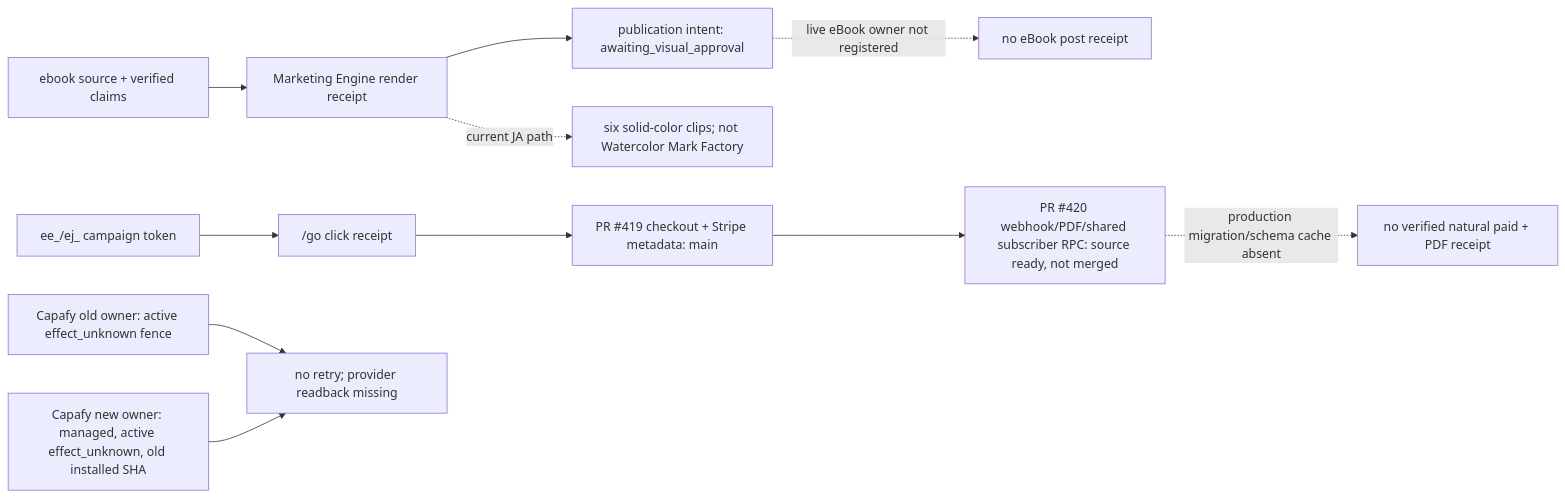
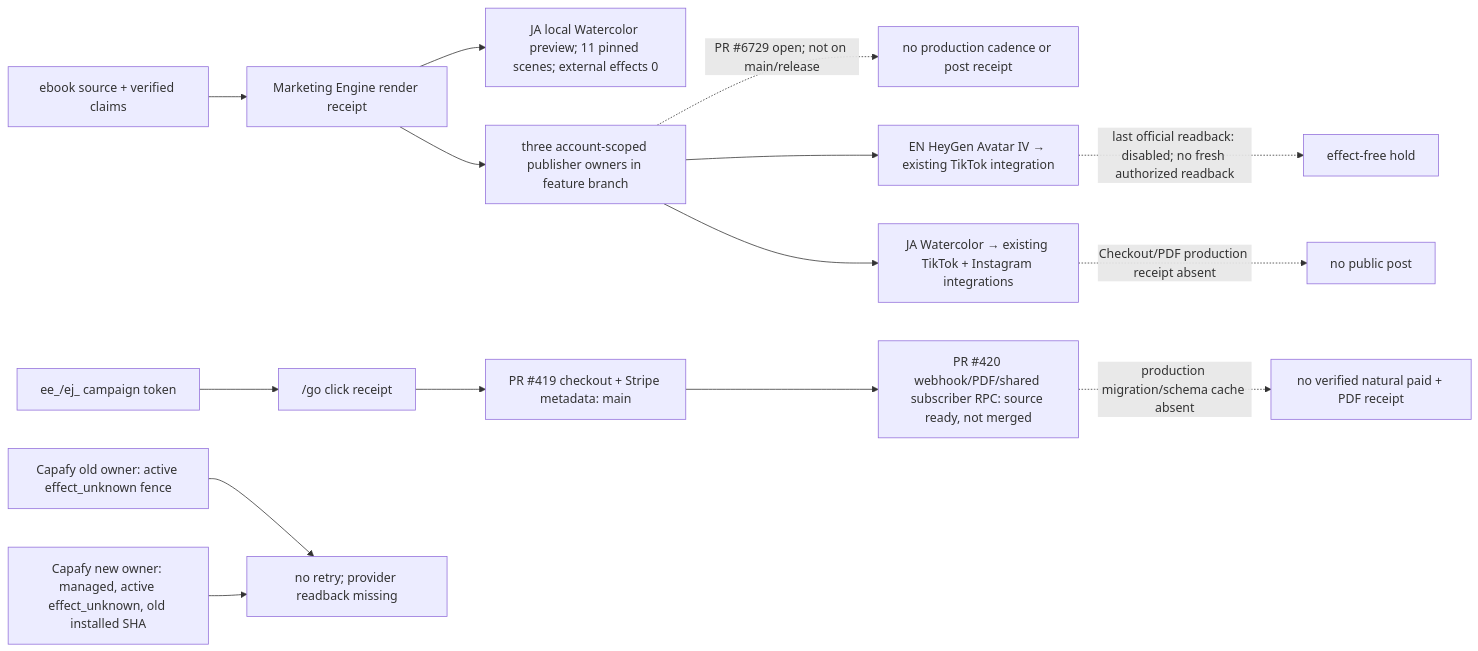
The first of 3 diagrams in docs/superpowers/specs/2026-10-05-ebook-revenue-loop-design.md (Daisuke134/life-manager), drawn with Mermaid before and after one commit. The commit also changed other lines of this file and 12 other files, not shown here.

```diff
--- a/docs/superpowers/specs/2026-10-05-ebook-revenue-loop-design.md
+++ b/docs/superpowers/specs/2026-10-05-ebook-revenue-loop-design.md
@@ -73,13 +73,17 @@
 ~~~mermaid
 flowchart LR
   CONTENT["ebook source + verified claims"] --> ENGINE["Marketing Engine render receipt"]
-  ENGINE --> INTENT["publication intent: awaiting_visual_approval"]
-  INTENT -. "live eBook owner not registered" .-> STOP["no eBook post receipt"]
-  ENGINE -. "current JA path" .-> PLACEHOLDER["six solid-color clips; not Watercolor Mark Factory"]
+  ENGINE --> PREVIEW["JA local Watercolor preview; 11 pinned scenes; external effects 0"]
+  ENGINE --> SOURCE["three account-scoped publisher owners in feature branch"]
+  SOURCE -. "PR #6729 open; not on main/release" .-> NORUNTIME["no production cadence or post receipt"]
+  SOURCE --> EN["EN HeyGen Avatar IV → existing TikTok integration"]
+  SOURCE --> JA["JA Watercolor → existing TikTok + Instagram integrations"]
+  EN -. "last official readback: disabled; no fresh authorized readback" .-> ENHOLD["effect-free hold"]
+  JA -. "Checkout/PDF production receipt absent" .-> JAHOLD["no public post"]
   TOKEN["ee_/ej_ campaign token"] --> GO["/go click receipt"]
   GO --> CHECKOUT["PR #419 checkout + Stripe metadata: main"]
   CHECKOUT --> WH["PR #420 webhook/PDF/shared subscriber RPC: source ready, not merged"]
   WH -. "production migration/schema cache absent" .-> NOORDER["no verified natural paid + PDF receipt"]
   OLD["Capafy old owner: active effect_unknown fence"] --> HOLD["no retry; provider readback missing"]
   NEW["Capafy new owner: managed, active effect_unknown, old installed SHA"] --> HOLD
 ~~~
```
